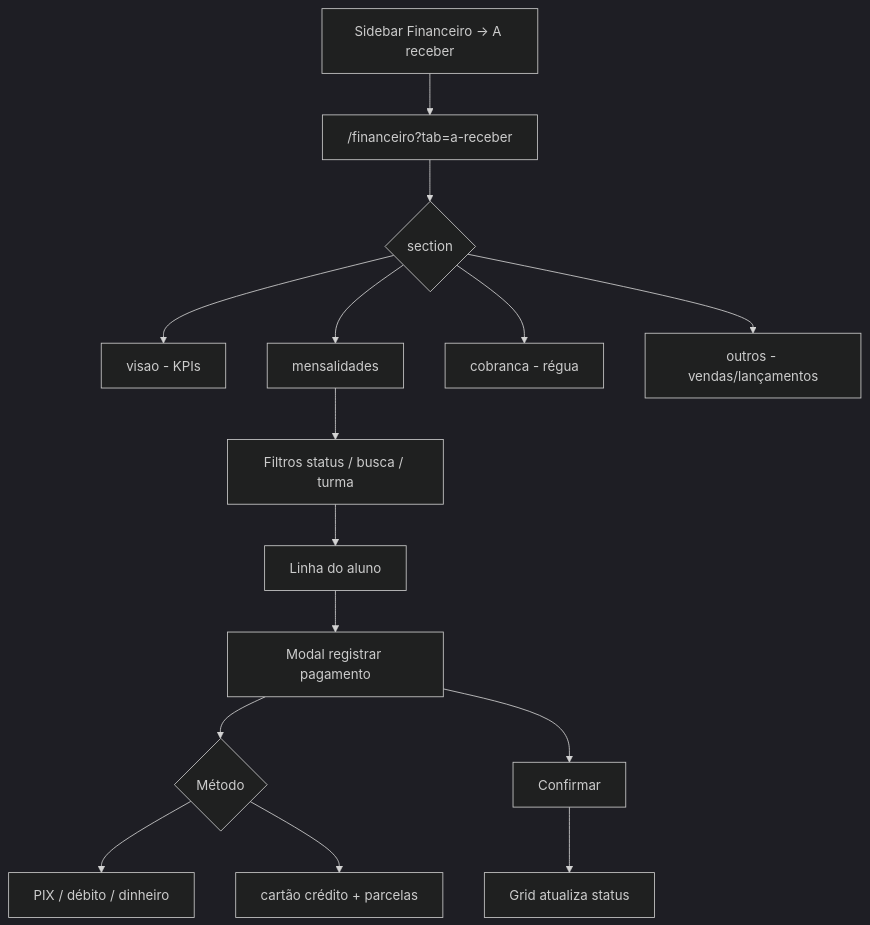
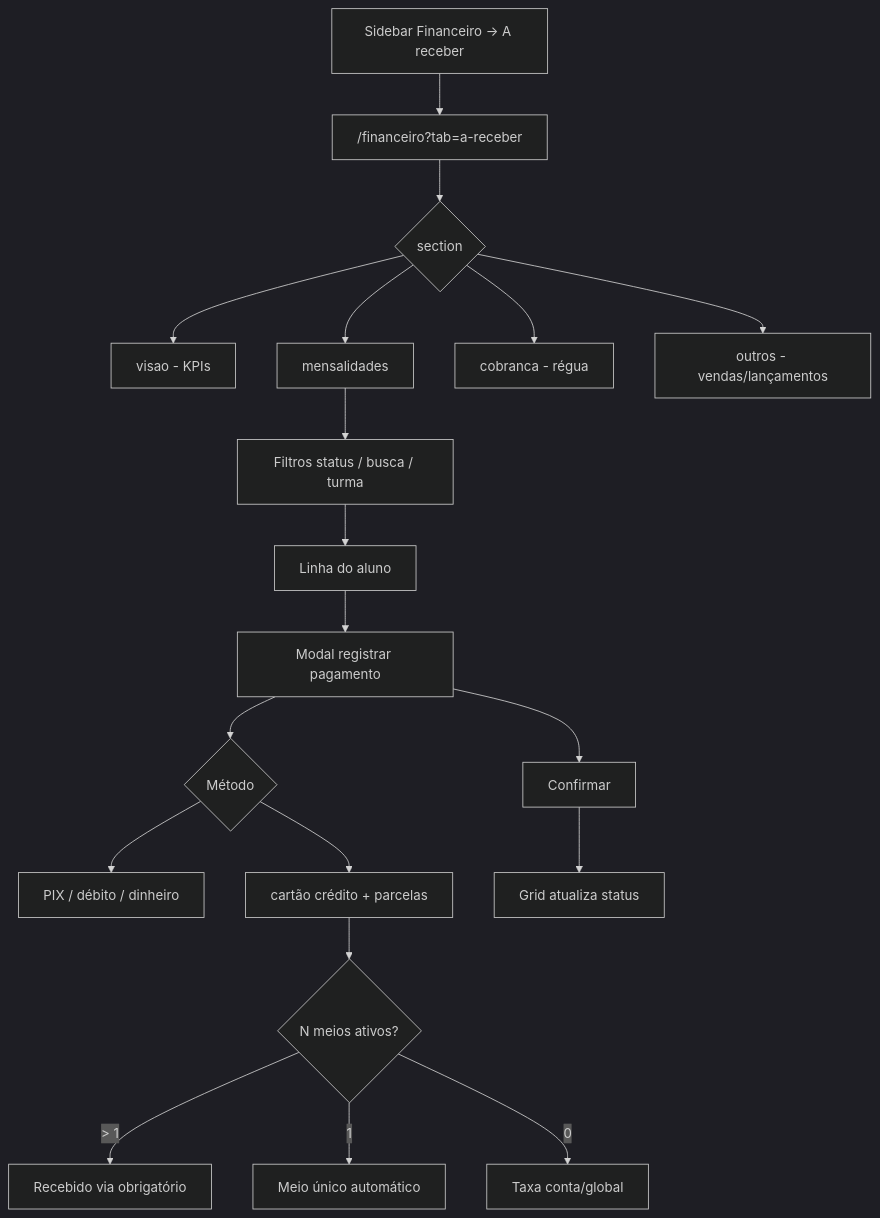
Before and after one commit to brunaamaralp/bjj: the diagram in docs/flows/financeiro/a-receber-mensalidades.md, drawn with Mermaid (dark theme). The commit also changed other lines of this file and 59 other files, not shown here.

````diff
--- a/docs/flows/financeiro/a-receber-mensalidades.md
+++ b/docs/flows/financeiro/a-receber-mensalidades.md
@@ -34,17 +35,21 @@
 ```mermaid
 flowchart TD
   nav[Sidebar Financeiro → A receber] --> hub["/financeiro?tab=a-receber"]
   hub --> sections{section}
   sections --> visao[visao - KPIs]
   sections --> mens[mensalidades]
   sections --> cobr[cobranca - régua]
   sections --> outros[outros - vendas/lançamentos]
   mens --> filter[Filtros status / busca / turma]
   filter --> row[Linha do aluno]
   row --> payModal[Modal registrar pagamento]
   payModal --> method{Método}
   method --> pix[PIX / débito / dinheiro]
   method --> credito[cartão crédito + parcelas]
+  credito --> capture{N meios ativos?}
+  capture -->|> 1| recebidoVia[Recebido via obrigatório]
+  capture -->|1| autoMeio[Meio único automático]
+  capture -->|0| legado[Taxa conta/global]
   payModal --> confirm[Confirmar]
   confirm --> grid[Grid atualiza status]
 ```
````
